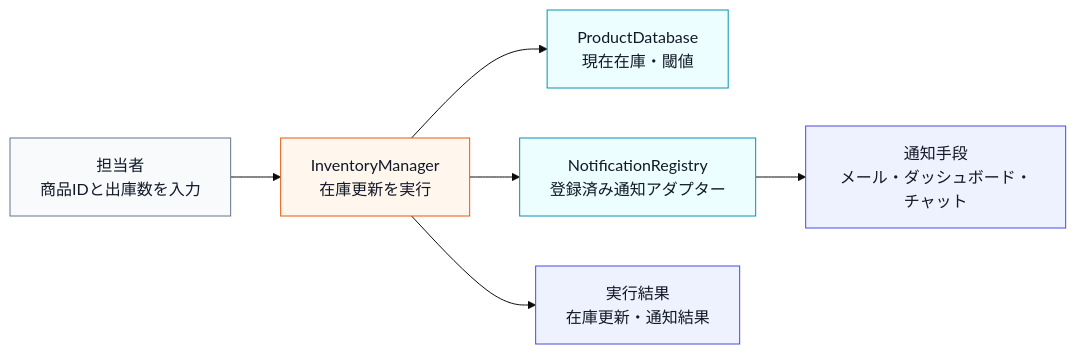
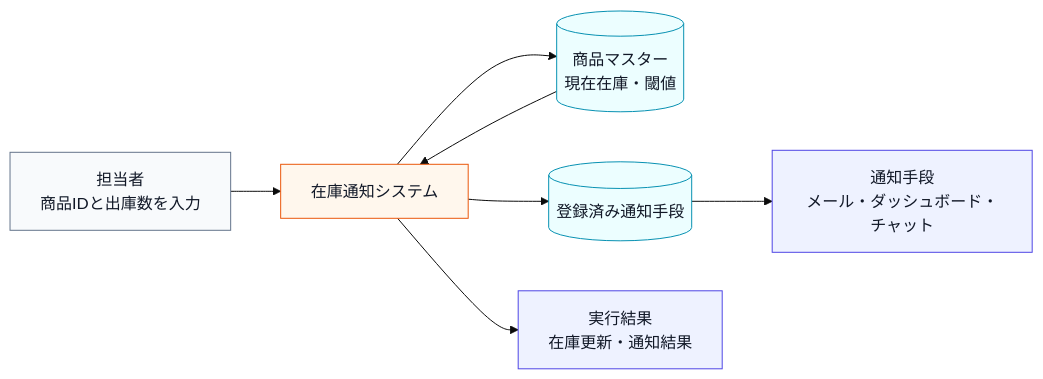
Before and after one commit to kumachan1101-pixel/DesignPattern: the first of 12 diagrams in kindle/design-patterns/output/chapter07.md, drawn with Mermaid (base theme). The commit also changed other lines of this file and 14 other files, not shown here.

Commit message:
全章の仕様図と変更対象外基盤を整合

````diff
--- a/kindle/design-patterns/output/chapter07.md
+++ b/kindle/design-patterns/output/chapter07.md
@@ -45,17 +45,18 @@
 ```mermaid
 flowchart LR
-    U["担当者<br>商品IDと出庫数を入力"] --> M["InventoryManager<br>在庫更新を実行"]
-    M --> P["ProductDatabase<br>現在在庫・閾値"]
-    M --> N["NotificationRegistry<br>登録済み通知アダプター"]
+    U["担当者<br>商品IDと出庫数を入力"] --> M["在庫通知システム"]
+    M --> P[("商品マスター<br>現在在庫・閾値")]
+    P --> M
+    M --> N[("登録済み通知手段")]
     N --> G["通知手段<br>メール・ダッシュボード・チャット"]
     M --> R["実行結果<br>在庫更新・通知結果"]
 
     classDef actor fill:#f8fafc,stroke:#64748b,color:#111827;
     classDef data fill:#ecfeff,stroke:#0891b2,color:#111827;
     classDef process fill:#fff7ed,stroke:#ea580c,color:#111827;
     classDef boundary fill:#eef2ff,stroke:#4f46e5,color:#111827;
     class U actor;
     class P,N data;
     class M process;
     class G,R boundary;
 ```
````
